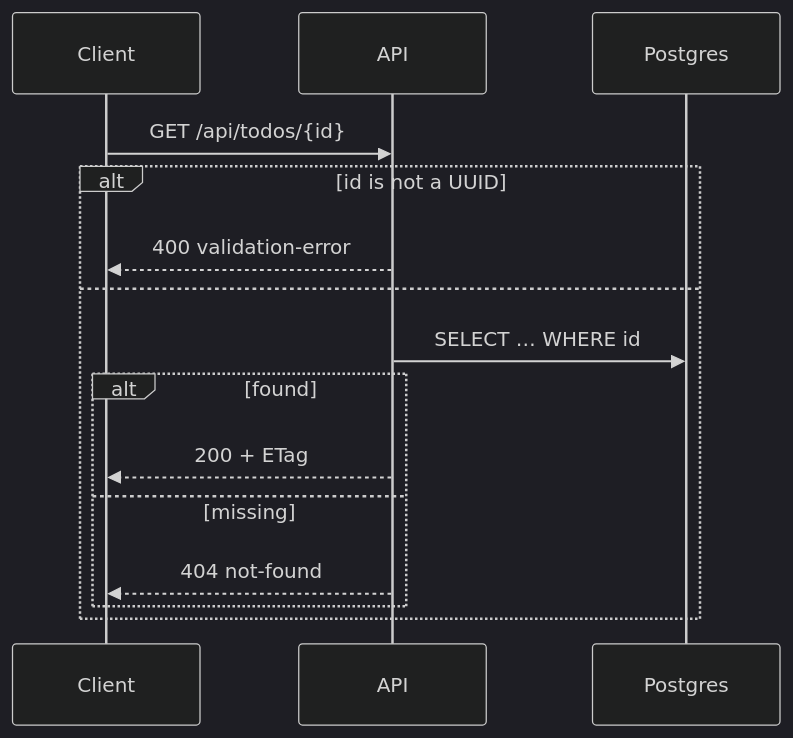
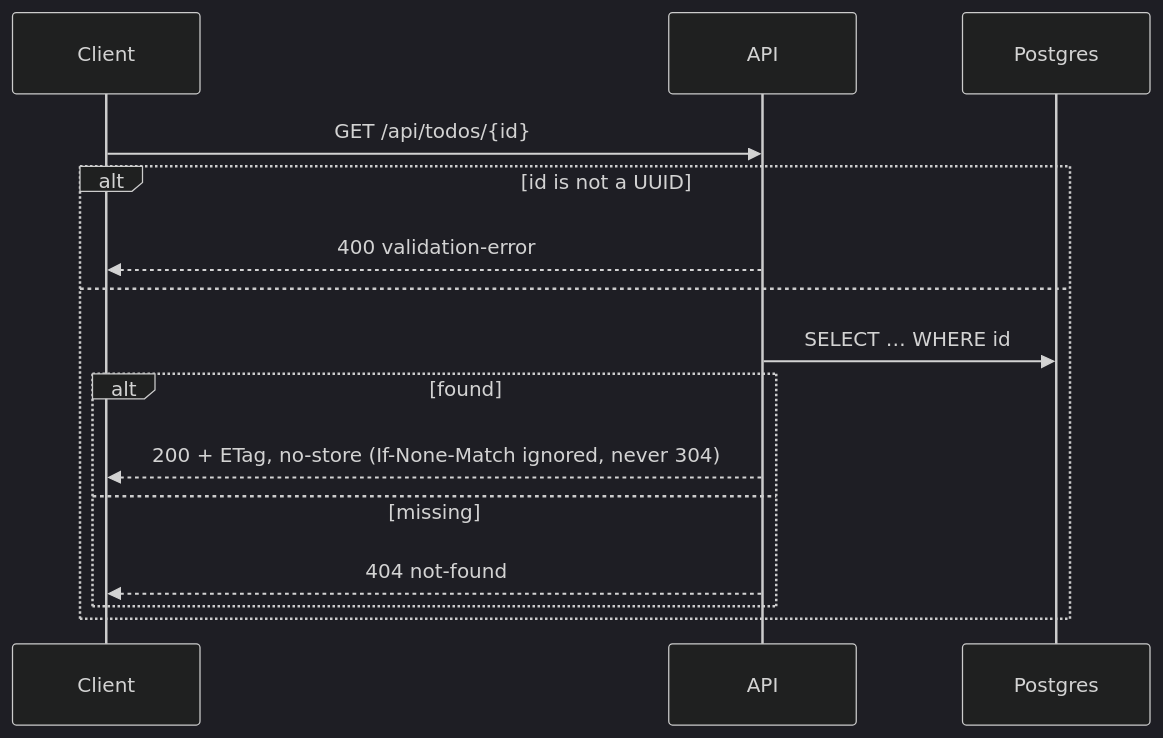
Before and after one commit to charlesmalo/FociToDo: the third of 7 diagrams in docs/api.md, drawn with Mermaid (dark theme). The commit also changed other lines of this file and 25 other files, not shown here.

First line of the commit message:
docs(diagrams): match the wireframes and diagrams to the current UI and API

````diff
--- a/docs/api.md
+++ b/docs/api.md
@@ -120,17 +121,17 @@
 ```mermaid
 sequenceDiagram
   participant C as Client
   participant A as API
   participant DB as Postgres
   C->>A: GET /api/todos/{id}
   alt id is not a UUID
     A-->>C: 400 validation-error
   else
     A->>DB: SELECT … WHERE id
     alt found
-      A-->>C: 200 + ETag
+      A-->>C: 200 + ETag, no-store (If-None-Match ignored, never 304)
     else missing
       A-->>C: 404 not-found
     end
   end
 ```
````
